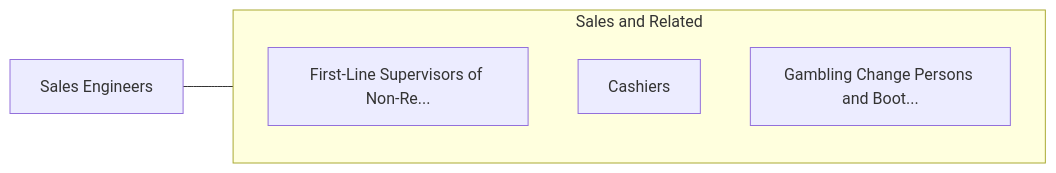
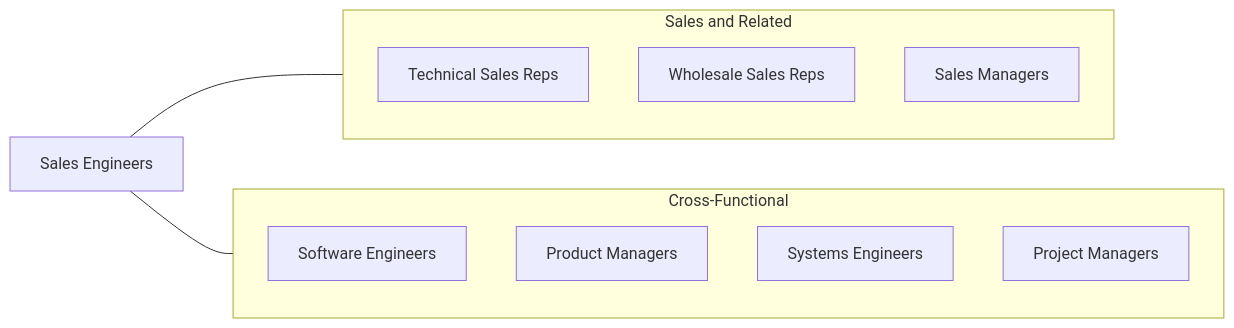
One commit to kziemski/business.org.ai changed the fourth of 4 diagrams in occupations/Sales/SalesEngineers.mdx. Above: the diagram before and after it, drawn with Mermaid. The commit also changed other lines of this file and 938 other files, not shown here.

````diff
--- a/occupations/Sales/SalesEngineers.mdx
+++ b/occupations/Sales/SalesEngineers.mdx
@@ -108,13 +178,20 @@
 ```mermaid
 graph LR
     Current["Sales Engineers"]
 
     subgraph SameCategory["Sales and Related"]
-        FirstLineSupervisors["First-Line Supervisors of Retail..."]
-        FirstLineSupervisors["First-Line Supervisors of Non-Re..."]
-        Cashiers["Cashiers"]
-        GamblingChangePerson["Gambling Change Persons and Boot..."]
+        TechSalesReps["Technical Sales Reps"]
+        WholesaleReps["Wholesale Sales Reps"]
+        SalesManagers["Sales Managers"]
+    end
+
+    subgraph CrossFunctional["Cross-Functional"]
+        SoftwareEngineers["Software Engineers"]
+        ProductManagers["Product Managers"]
+        SystemsEngineers["Systems Engineers"]
+        ProjectManagers["Project Managers"]
     end
 
     Current --- SameCategory
+    Current --- CrossFunctional
 ```
````
